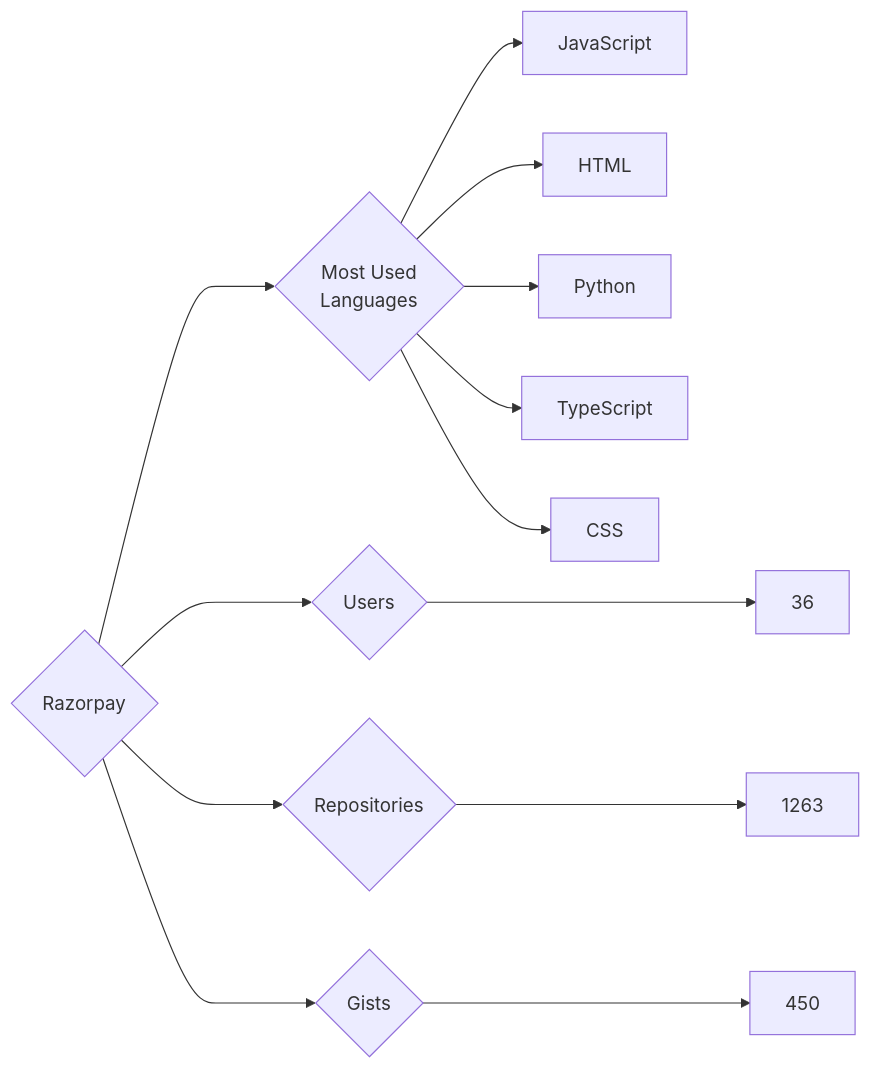
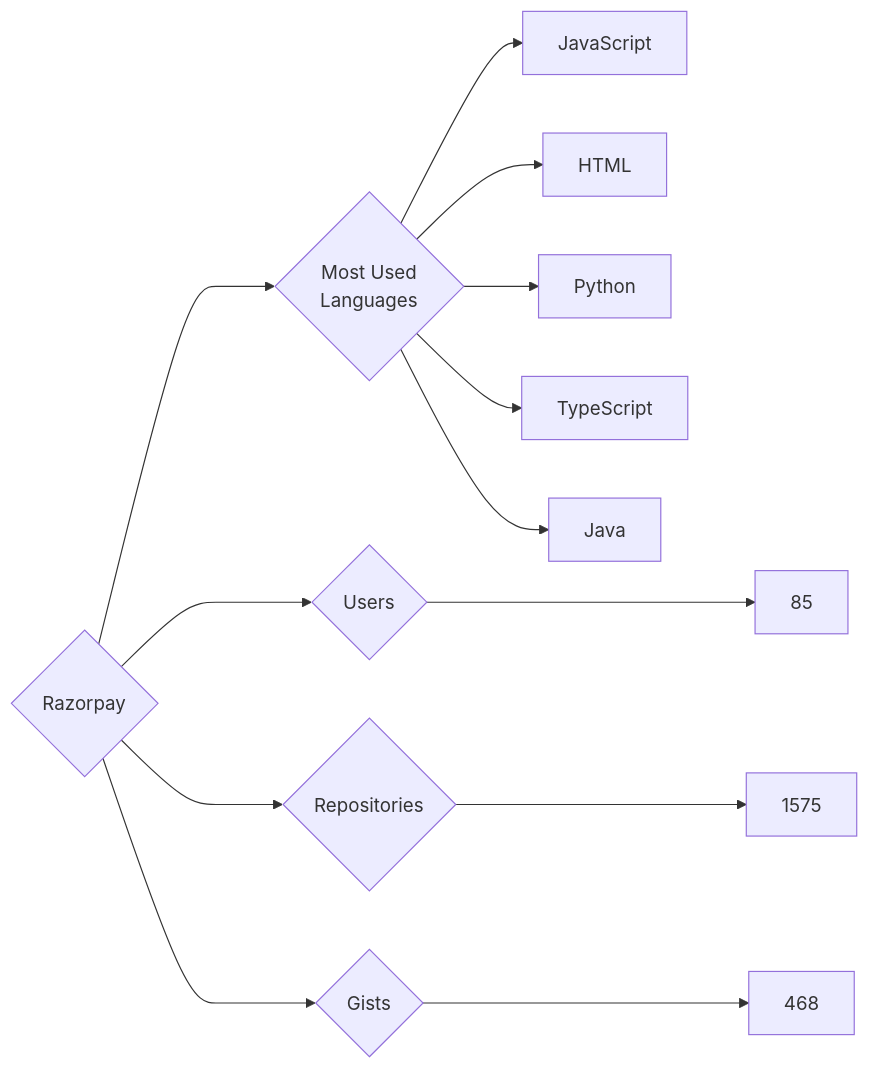
One commit to trickest/insiders changed the diagram in targets/Razorpay/README.md. Above: the diagram before and after it, drawn with Mermaid. The commit also changed 829 other files, not shown here.

````diff
--- a/targets/Razorpay/README.md
+++ b/targets/Razorpay/README.md
@@ -3,13 +3,13 @@
 ```mermaid
 graph LR
 COMPANY_NAME{Razorpay}
-COMPANY_NAME ---> U{Users} ---> UN[36]
-COMPANY_NAME ---> R{Repositories} ---> RN[1263]
-COMPANY_NAME ---> G{Gists} ---> GN[450]
+COMPANY_NAME ---> U{Users} ---> UN[85]
+COMPANY_NAME ---> R{Repositories} ---> RN[1575]
+COMPANY_NAME ---> G{Gists} ---> GN[468]
 COMPANY_NAME ---> ML{Most Used<br>Languages}
 ML --> JavaScript[JavaScript]
 ML --> HTML[HTML]
 ML --> Python[Python]
 ML --> TypeScript[TypeScript]
-ML --> CSS[CSS]
+ML --> Java[Java]
 ```
````
